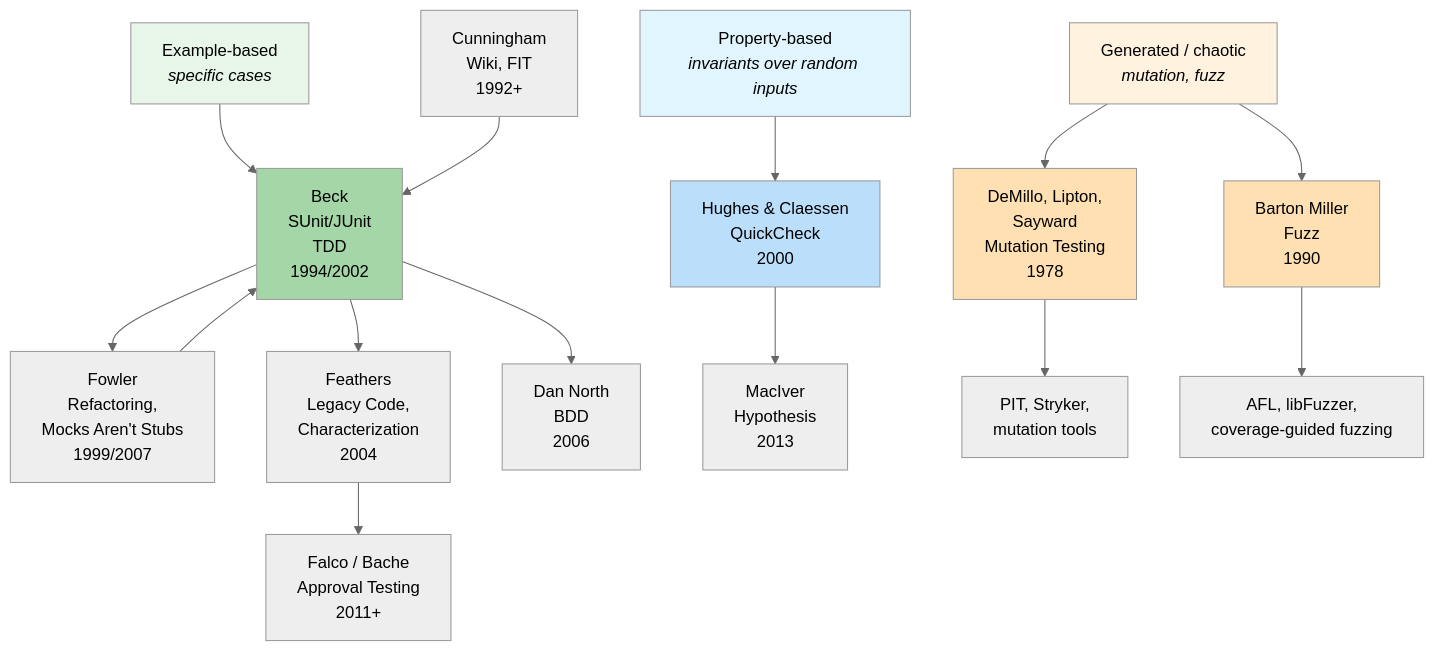
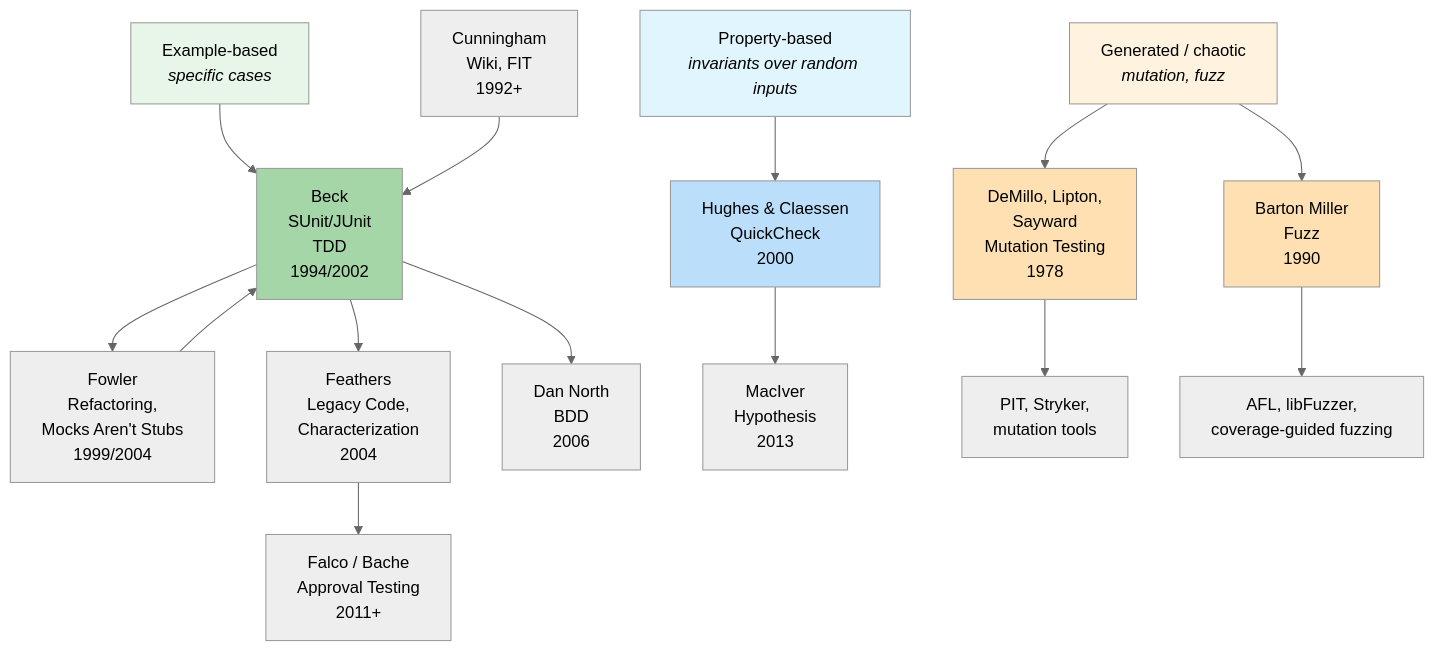
Before and after one commit to akardapolov/software-atlas: the first of 3 diagrams in docs/topics/testing/index.md, drawn with Mermaid (neutral theme). The commit also changed other lines of this file, not shown here.

````diff
--- a/docs/topics/testing/index.md
+++ b/docs/topics/testing/index.md
@@ -13,42 +13,42 @@
 ```mermaid
 flowchart TD
     Example["Example-based<br/><i>specific cases</i>"]
     Property["Property-based<br/><i>invariants over random inputs</i>"]
     Generated["Generated / chaotic<br/><i>mutation, fuzz</i>"]
 
     Cunningham["Cunningham<br/>Wiki, FIT<br/>1992+"]
     Beck["Beck<br/>SUnit/JUnit<br/>TDD<br/>1994/2002"]
-    Fowler["Fowler<br/>Refactoring,<br/>Mocks Aren't Stubs<br/>1999/2007"]
+    Fowler["Fowler<br/>Refactoring,<br/>Mocks Aren't Stubs<br/>1999/2004"]
     Feathers["Feathers<br/>Legacy Code,<br/>Characterization<br/>2004"]
     North["Dan North<br/>BDD<br/>2006"]
     Hughes["Hughes & Claessen<br/>QuickCheck<br/>2000"]
     MacIver["MacIver<br/>Hypothesis<br/>2013"]
     Lipton["DeMillo, Lipton,<br/>Sayward<br/>Mutation Testing<br/>1978"]
     Miller["Barton Miller<br/>Fuzz<br/>1990"]
     Falco["Falco / Bache<br/>Approval Testing<br/>2011+"]
 
     Example --> Beck
     Property --> Hughes
     Generated --> Lipton
     Generated --> Miller
 
     Cunningham --> Beck
     Beck --> Fowler
     Beck --> Feathers
     Beck --> North
     Fowler --> Beck
 
     Hughes --> MacIver
     Lipton --> Mutation_modern["PIT, Stryker,<br/>mutation tools"]
     Miller --> Coverage_fuzz["AFL, libFuzzer,<br/>coverage-guided fuzzing"]
 
     Feathers --> Falco
 
     style Example fill:#e8f5e9
     style Property fill:#e1f5fe
     style Generated fill:#fff3e0
     style Beck fill:#a5d6a7
     style Hughes fill:#bbdefb
     style Lipton fill:#ffe0b2
     style Miller fill:#ffe0b2
 ```
````
